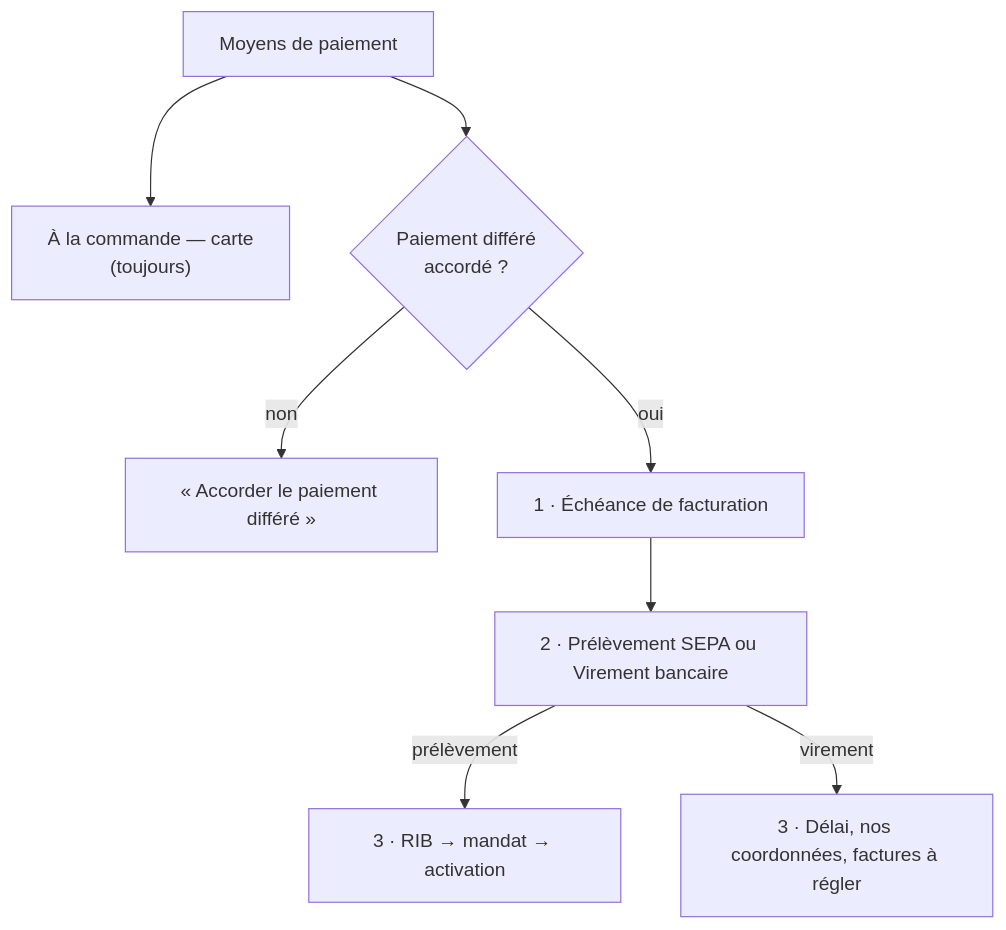
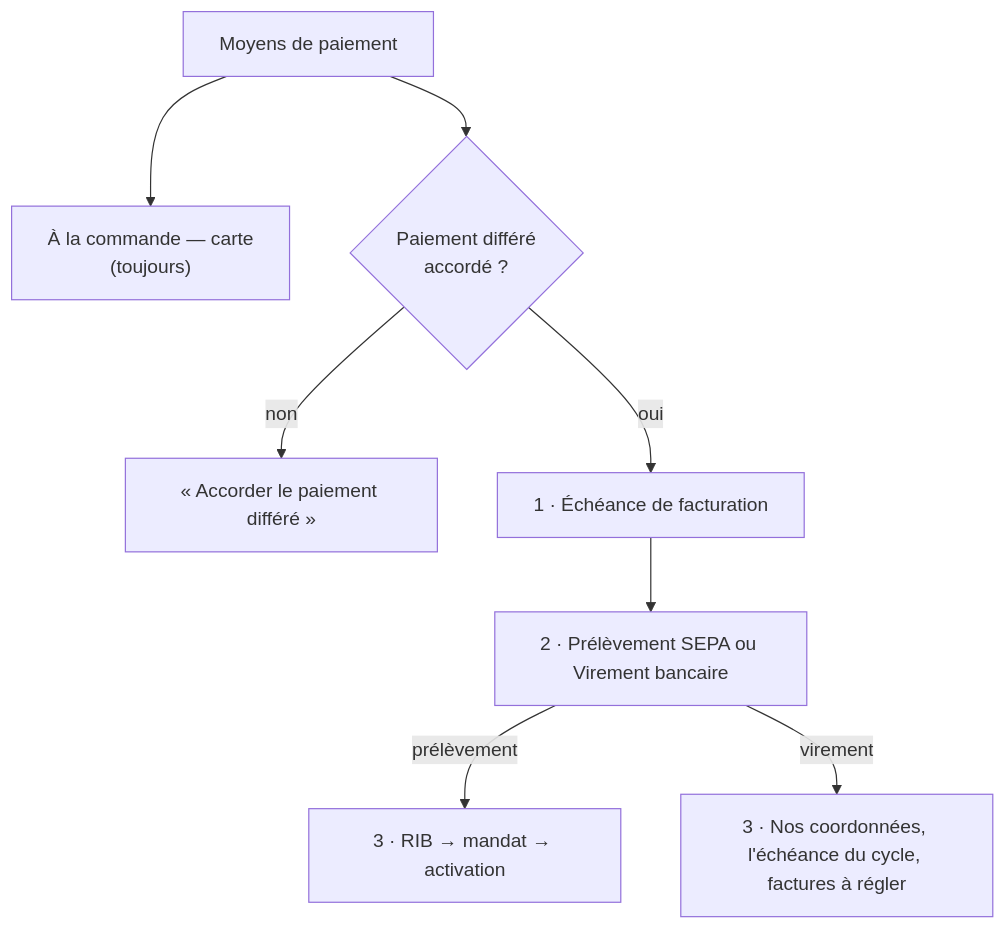
Before and after one commit to hugoheynard/lfd: the diagram in documentation/comptabilite/plan-paiement-au-compte-par-virement.md, drawn with Mermaid.

Commit message:
docs(comptabilite): le schéma du virement ne parle plus de délai

````diff
--- a/documentation/comptabilite/plan-paiement-au-compte-par-virement.md
+++ b/documentation/comptabilite/plan-paiement-au-compte-par-virement.md
@@ -80,10 +80,10 @@
 ```mermaid
 flowchart TD
   A["Moyens de paiement"] --> B["À la commande — carte<br/>(toujours)"]
   A --> C{"Paiement différé<br/>accordé ?"}
   C -->|non| D["« Accorder le paiement différé »"]
   C -->|oui| E["1 · Échéance de facturation"]
   E --> F["2 · Prélèvement SEPA ou Virement bancaire"]
   F -->|prélèvement| G["3 · RIB → mandat → activation"]
-  F -->|virement| H["3 · Délai, nos coordonnées, factures à régler"]
+  F -->|virement| H["3 · Nos coordonnées, l'échéance du cycle, factures à régler"]
 ```
````
